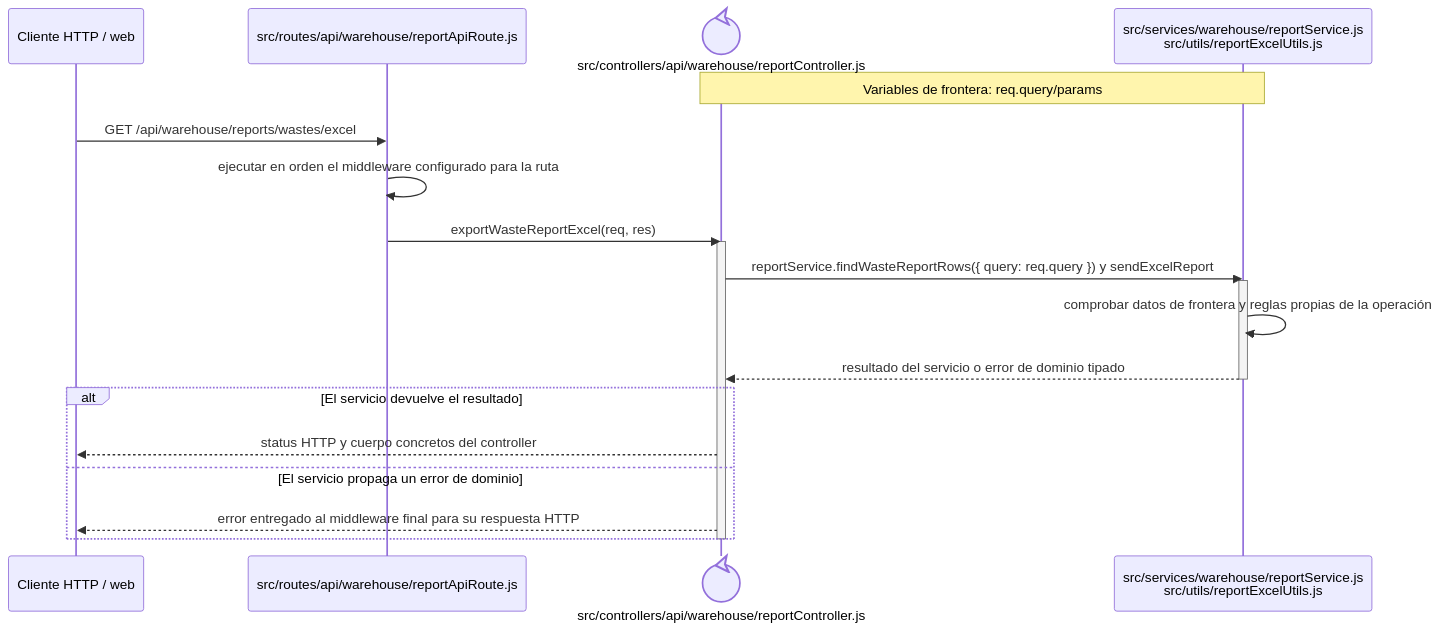
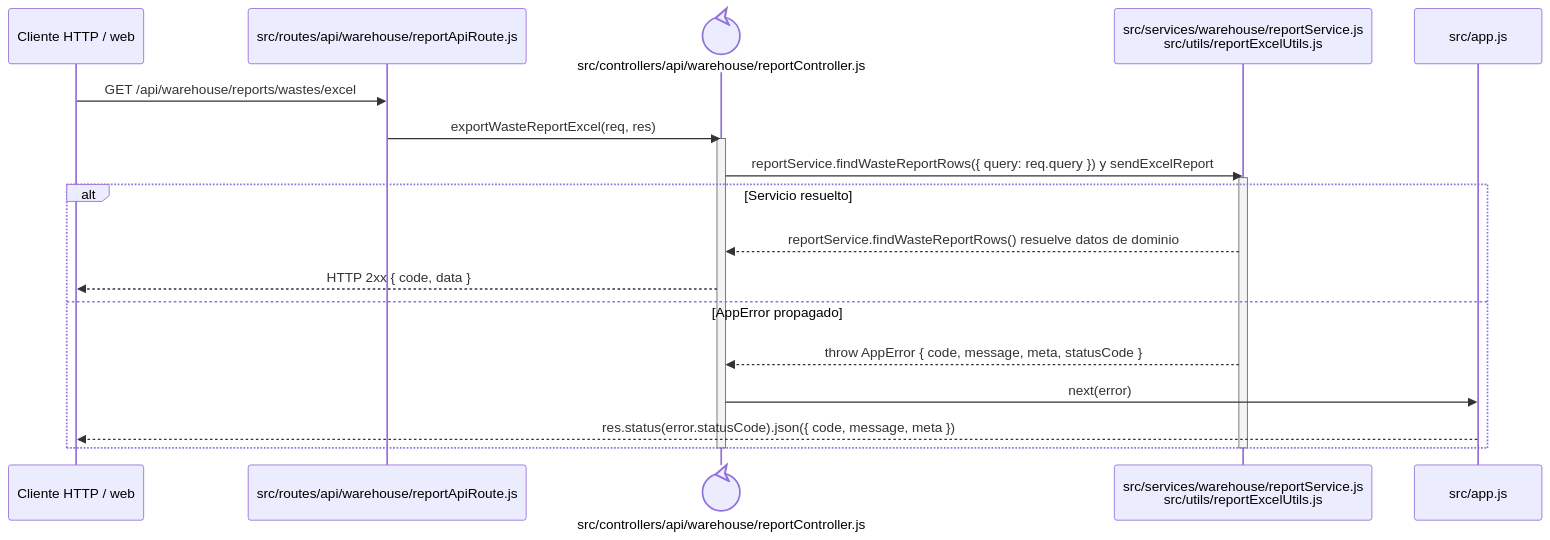
The diagram in docs/architecture/backend-code-sequences/catalogs/cu-alm-13.md (gpgsistemas01/nexus), drawn with Mermaid before and after one commit. The commit also changed 148 other files, not shown here.

````diff
--- a/docs/architecture/backend-code-sequences/catalogs/cu-alm-13.md
+++ b/docs/architecture/backend-code-sequences/catalogs/cu-alm-13.md
@@ -6,24 +6,24 @@
 ```mermaid
 sequenceDiagram
     participant Client as Cliente HTTP / web
     participant Route as src/routes/api/warehouse/reportApiRoute.js
     participant Controller@{ "type": "control" } as src/controllers/api/warehouse/reportController.js
     participant Domain as src/services/warehouse/reportService.js<br/>src/utils/reportExcelUtils.js
-    Note over Controller,Domain: Variables de frontera: req.query/params
+    participant ErrorHandler as src/app.js
 
     Client->>Route: GET /api/warehouse/reports/wastes/excel
-    Route->>Route: ejecutar en orden el middleware configurado para la ruta
     Route->>Controller: exportWasteReportExcel(req, res)
     activate Controller
     Controller->>Domain: reportService.findWasteReportRows({ query: req.query }) y sendExcelReport
     activate Domain
-    Domain->>Domain: comprobar datos de frontera y reglas propias de la operación
-    Domain-->>Controller: resultado del servicio o error de dominio tipado
+    alt Servicio resuelto
+        Domain-->>Controller: reportService.findWasteReportRows() resuelve datos de dominio
+        Controller-->>Client: HTTP 2xx { code, data }
+    else AppError propagado
+        Domain-->>Controller: throw AppError { code, message, meta, statusCode }
+        Controller->>ErrorHandler: next(error)
+        ErrorHandler-->>Client: res.status(error.statusCode).json({ code, message, meta })
+    end
     deactivate Domain
-    alt El servicio devuelve el resultado
-        Controller-->>Client: status HTTP y cuerpo concretos del controller
-    else El servicio propaga un error de dominio
-        Controller-->>Client: error entregado al middleware final para su respuesta HTTP
-    end
     deactivate Controller
 ```
````
